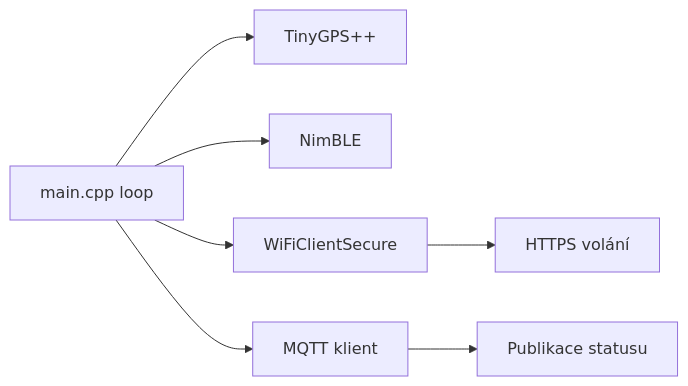
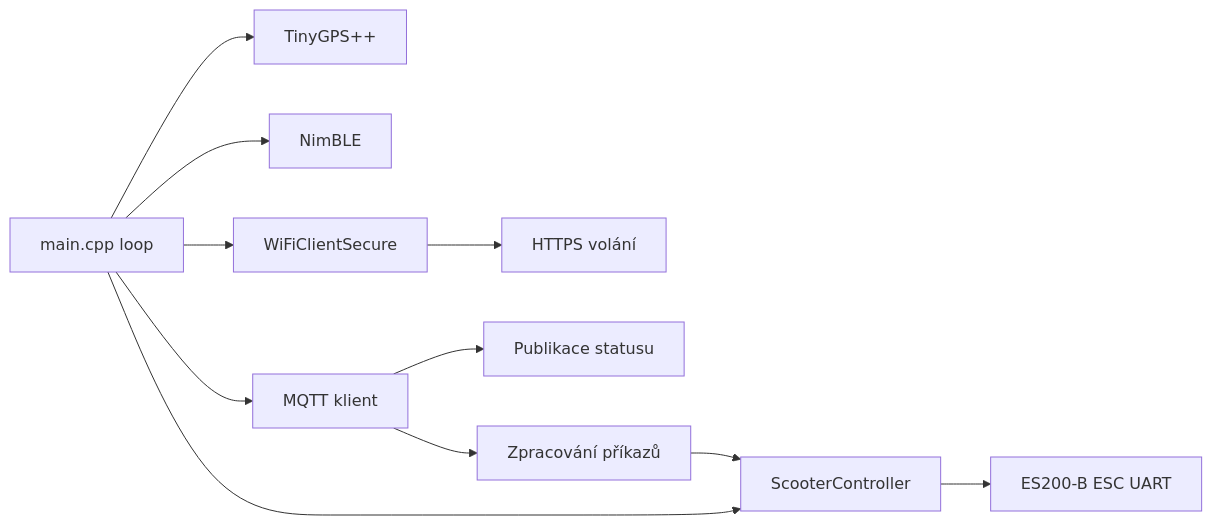
The diagram in docs/cs/esp32.md (sparesparrow/bzeed-mobility), drawn with Mermaid before and after one commit. The commit also changed other lines of this file and 16 other files, not shown here.

````diff
--- a/docs/cs/esp32.md
+++ b/docs/cs/esp32.md
@@ -3,9 +3,13 @@
 ```mermaid
 flowchart LR
   Main[main.cpp loop] --> GPS[TinyGPS++]
   Main --> BLE[NimBLE]
   Main --> HTTP[WiFiClientSecure]
   Main --> MQTT[MQTT klient]
+  Main --> SC[ScooterController]
   MQTT --> Pub[Publikace statusu]
+  MQTT --> Cmd[Zpracování příkazů]
+  Cmd --> SC
   HTTP --> REST[HTTPS volání]
+  SC --> ESC[ES200-B ESC UART]
 ```
````
